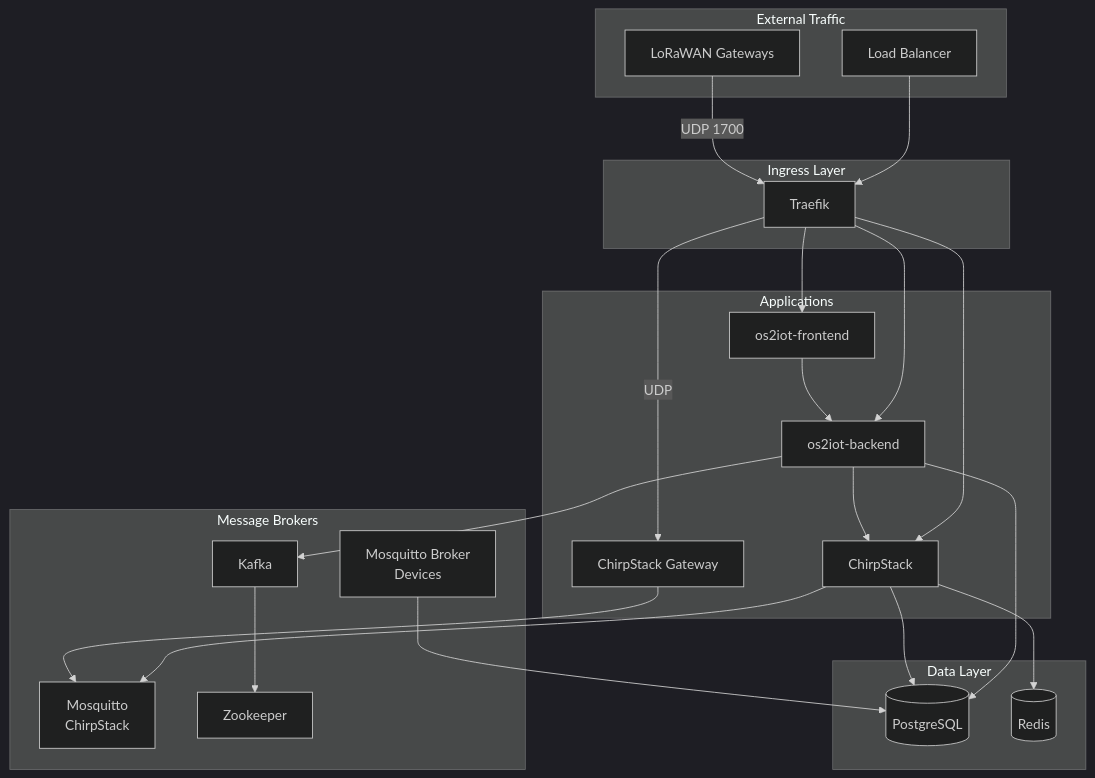
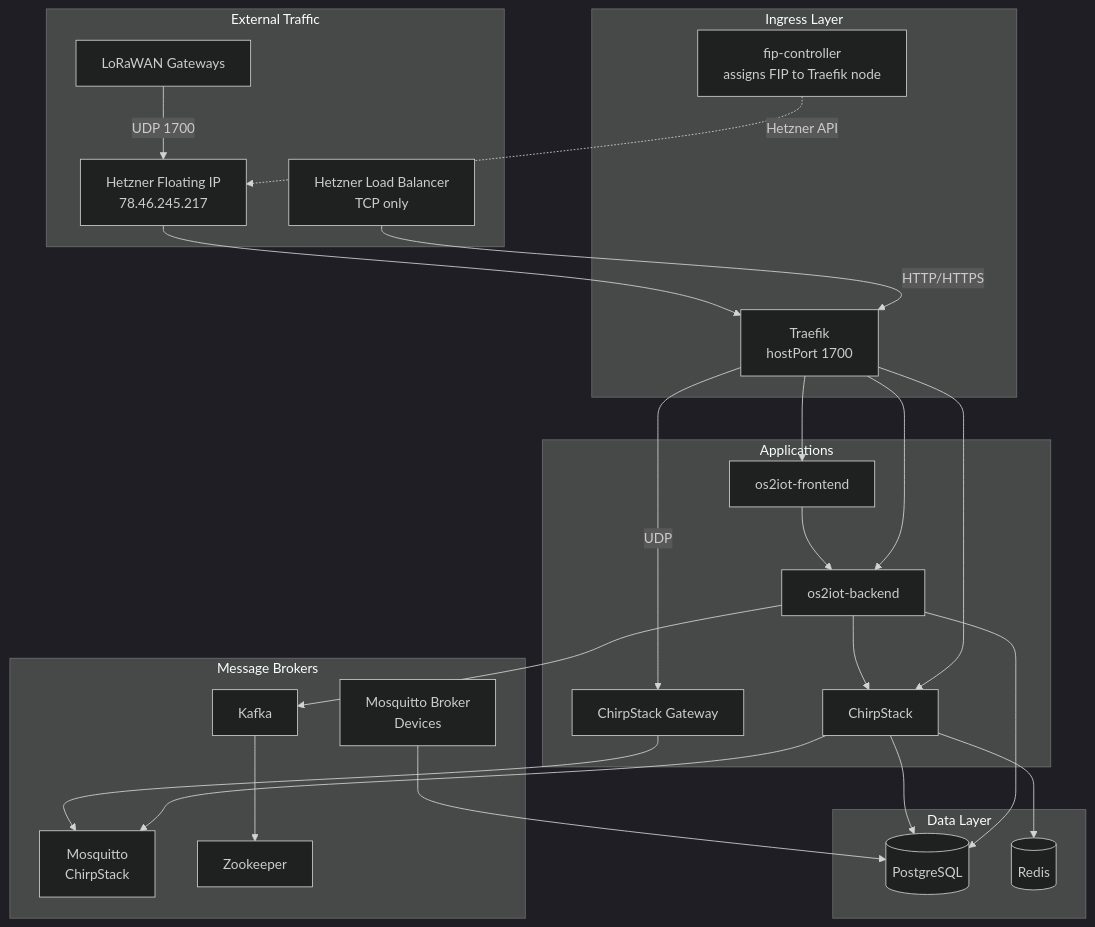
One commit to itk-dev/OS2IoT-helm changed the diagram in README.md. Above: the diagram before and after it, drawn with Mermaid (dark theme). The commit also changed other lines of this file and 5 other files, not shown here.

````diff
--- a/README.md
+++ b/README.md
@@ -25,47 +25,51 @@
 ```mermaid
 graph TB
     subgraph "External Traffic"
-        LB[Load Balancer]
+        LB[Hetzner Load Balancer<br/>TCP only]
+        FIP[Hetzner Floating IP<br/>78.46.245.217]
         GW[LoRaWAN Gateways]
     end
 
     subgraph "Ingress Layer"
-        TR[Traefik]
+        TR[Traefik<br/>hostPort 1700]
+        FIPC[fip-controller<br/>assigns FIP to Traefik node]
     end
 
     subgraph "Applications"
         FE[os2iot-frontend]
         BE[os2iot-backend]
         CS[ChirpStack]
         CGW[ChirpStack Gateway]
     end
 
     subgraph "Message Brokers"
         MQ1[Mosquitto<br/>ChirpStack]
         MQ2[Mosquitto Broker<br/>Devices]
         KF[Kafka]
         ZK[Zookeeper]
     end
 
     subgraph "Data Layer"
         PG[(PostgreSQL)]
         RD[(Redis)]
     end
 
-    LB --> TR
-    GW -->|UDP 1700| TR
+    LB -->|HTTP/HTTPS| TR
+    GW -->|UDP 1700| FIP
+    FIP --> TR
+    FIPC -.->|Hetzner API| FIP
     TR --> FE
     TR --> BE
     TR --> CS
     TR -->|UDP| CGW
     FE --> BE
     BE --> PG
     BE --> KF
     BE --> CS
     CS --> PG
     CS --> RD
     CS --> MQ1
     CGW --> MQ1
     MQ2 --> PG
     KF --> ZK
 ```
````
